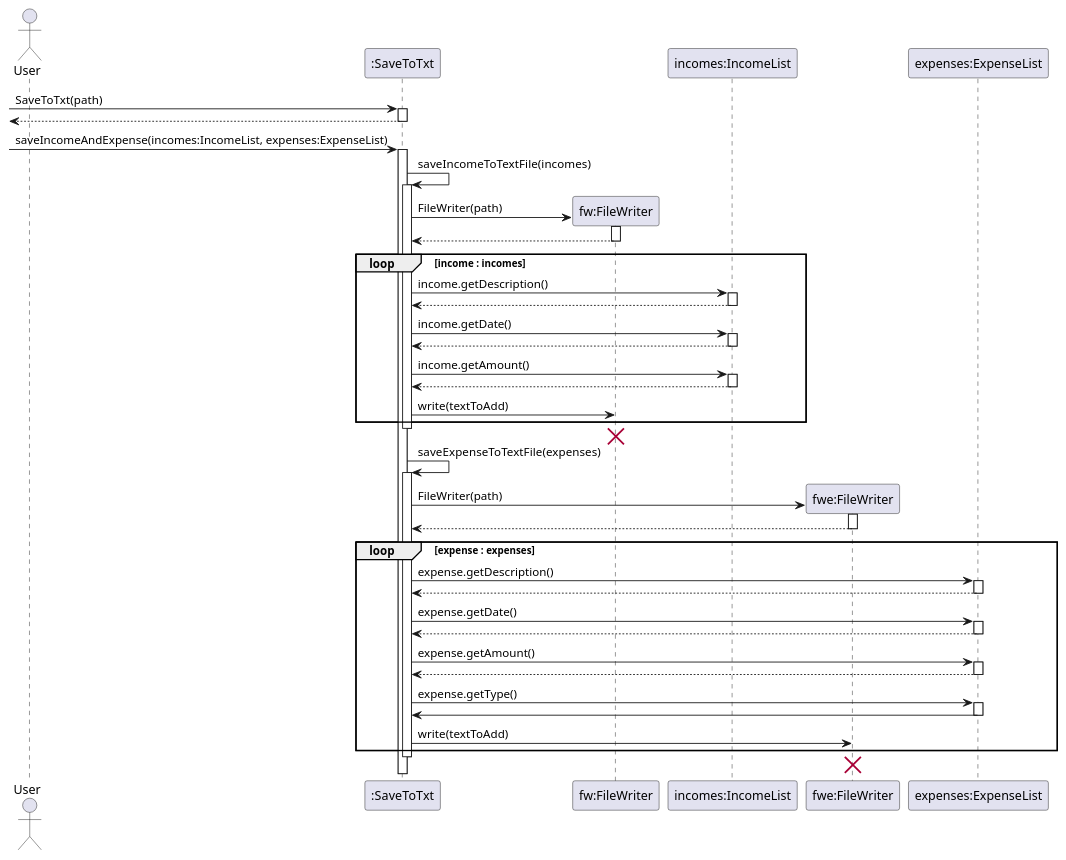
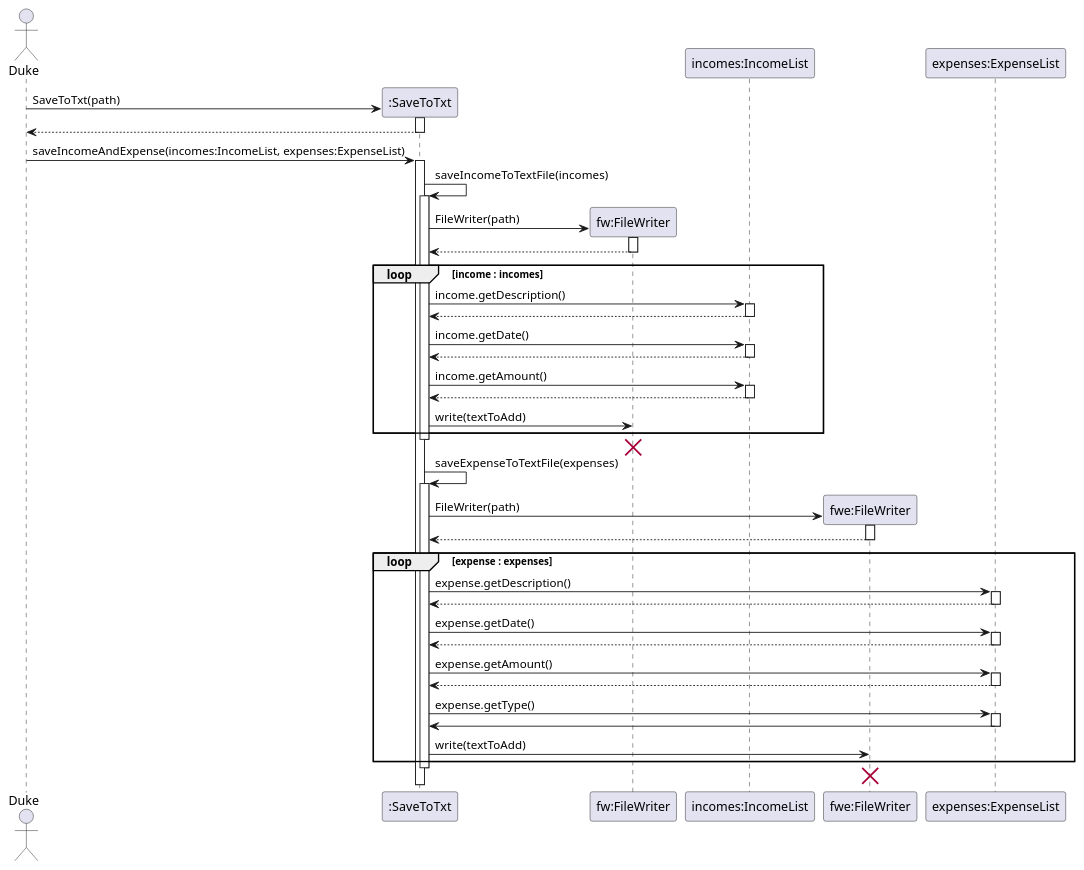
One commit to nus-cs2113-AY2324S1/tp changed the diagram in images/SaveToTxt.puml. Above: the diagram before and after it, drawn with PlantUML. The commit also changed 1 other file, not shown here.

Commit message:
change diagram

```diff
--- a/images/SaveToTxt.puml
+++ b/images/SaveToTxt.puml
@@ -1,68 +1,68 @@
 @startuml
 
-actor User
--> ":SaveToTxt" : SaveToTxt(path)
+actor Duke
 create ":SaveToTxt"
+Duke -> ":SaveToTxt" : SaveToTxt(path)
 Activate ":SaveToTxt"
-<-- ":SaveToTxt"
+":SaveToTxt" --> Duke
 Deactivate ":SaveToTxt"
 
- -> ":SaveToTxt" : saveIncomeAndExpense(incomes:IncomeList, expenses:ExpenseList)
+Duke -> ":SaveToTxt" : saveIncomeAndExpense(incomes:IncomeList, expenses:ExpenseList)
 Activate ":SaveToTxt"
 ":SaveToTxt" -> ":SaveToTxt" : saveIncomeToTextFile(incomes)
 Activate ":SaveToTxt"
 create "fw:FileWriter"
 ":SaveToTxt" -> "fw:FileWriter" : FileWriter(path)
 activate "fw:FileWriter"
 "fw:FileWriter" --> ":SaveToTxt"
 deactivate "fw:FileWriter"
 loop income : incomes
     ":SaveToTxt" -> "incomes:IncomeList" : income.getDescription()
     activate "incomes:IncomeList"
     "incomes:IncomeList" --> ":SaveToTxt"
     deactivate "incomes:IncomeList"
     ":SaveToTxt" -> "incomes:IncomeList" : income.getDate()
     activate "incomes:IncomeList"
     "incomes:IncomeList" --> ":SaveToTxt"
     deactivate "incomes:IncomeList"
     ":SaveToTxt" -> "incomes:IncomeList" : income.getAmount()
     activate "incomes:IncomeList"
     "incomes:IncomeList" --> ":SaveToTxt"
     deactivate "incomes:IncomeList"
     ":SaveToTxt" -> "fw:FileWriter": write(textToAdd)
 end loop
 Deactivate ":SaveToTxt"
 destroy "fw:FileWriter"
 
 
 ":SaveToTxt" -> ":SaveToTxt" : saveExpenseToTextFile(expenses)
 Activate ":SaveToTxt"
 create "fwe:FileWriter"
 ":SaveToTxt" -> "fwe:FileWriter" : FileWriter(path)
 activate "fwe:FileWriter"
 "fwe:FileWriter" --> ":SaveToTxt"
 deactivate "fwe:FileWriter"
 loop expense : expenses
     ":SaveToTxt" -> "expenses:ExpenseList" : expense.getDescription()
     activate "expenses:ExpenseList"
     "expenses:ExpenseList" --> ":SaveToTxt"
     deactivate "expenses:ExpenseList"
     ":SaveToTxt" -> "expenses:ExpenseList" : expense.getDate()
     activate "expenses:ExpenseList"
     "expenses:ExpenseList" --> ":SaveToTxt"
     deactivate "expenses:ExpenseList"
     ":SaveToTxt" -> "expenses:ExpenseList" : expense.getAmount()
     activate "expenses:ExpenseList"
     "expenses:ExpenseList" --> ":SaveToTxt"
     deactivate "expenses:ExpenseList"
     ":SaveToTxt" -> "expenses:ExpenseList" : expense.getType()
     activate "expenses:ExpenseList"
     "expenses:ExpenseList" -> ":SaveToTxt"
     deactivate "expenses:ExpenseList"
 
     ":SaveToTxt" -> "fwe:FileWriter": write(textToAdd)
 end loop
 Deactivate ":SaveToTxt"
 destroy "fwe:FileWriter"
 
 @enduml
```
